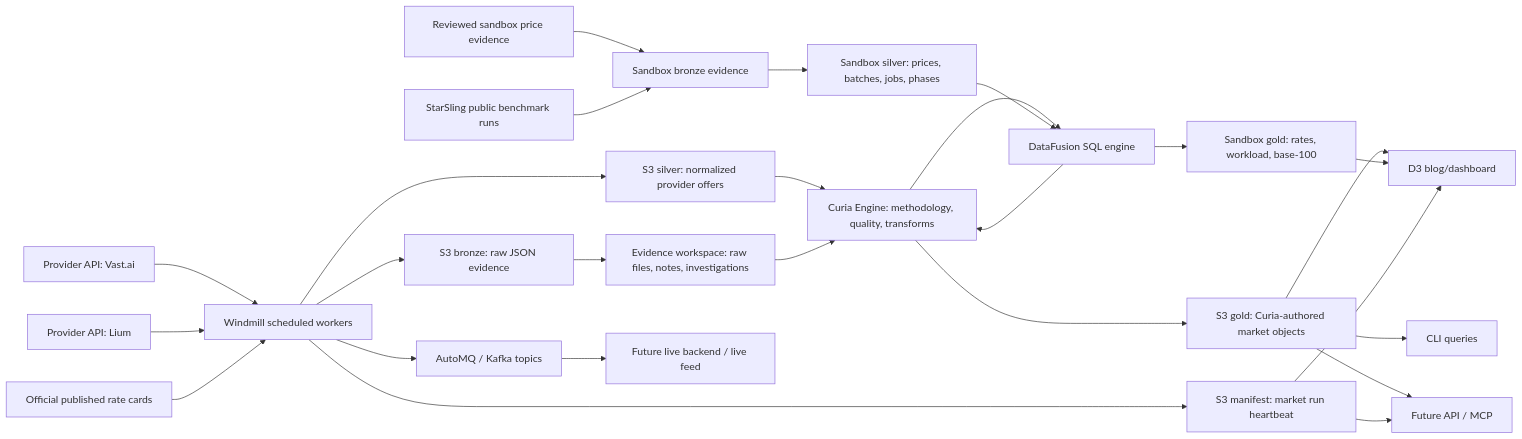
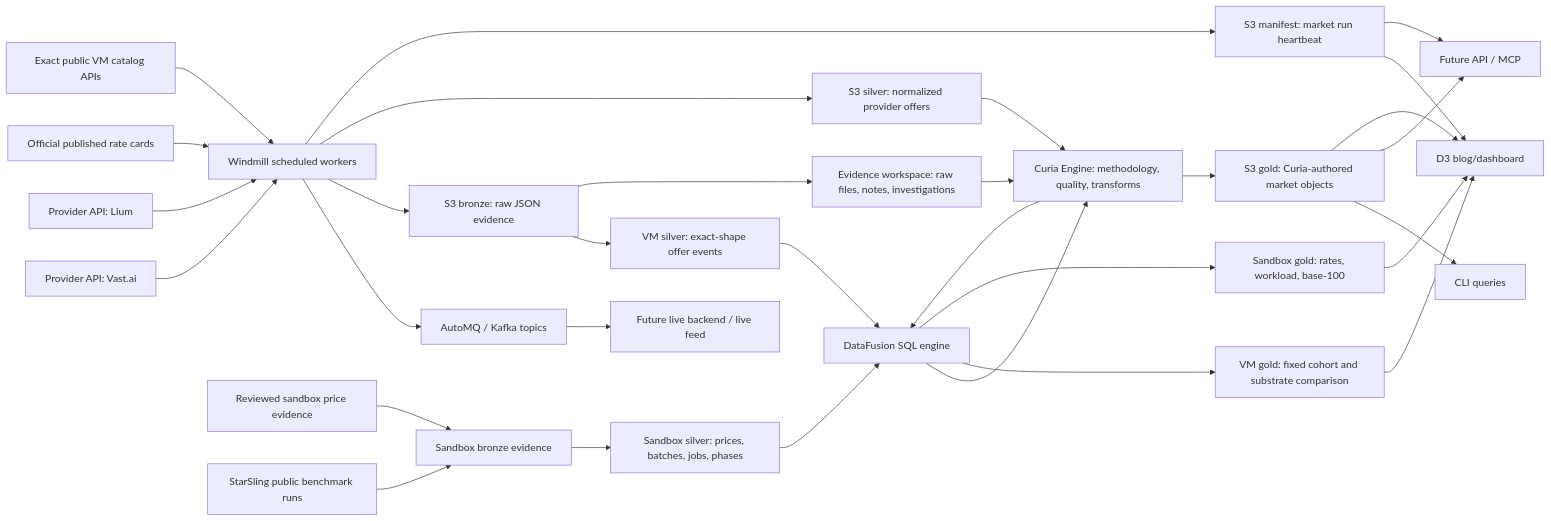
The diagram in docs/architecture.md (gustofied/the-compute-bazaar), drawn with Mermaid before and after one commit. The commit also changed other lines of this file and 14 other files, not shown here.

````diff
--- a/docs/architecture.md
+++ b/docs/architecture.md
@@ -7,31 +7,36 @@
 ```mermaid
 flowchart LR
   Vast["Provider API: Vast.ai"] --> Windmill["Windmill scheduled workers"]
   Lium["Provider API: Lium"] --> Windmill
   Rates["Official published rate cards"] --> Windmill
+  VMCatalogs["Exact public VM catalog APIs"] --> Windmill
   SandboxRates["Reviewed sandbox price evidence"] --> SandboxBronze["Sandbox bronze evidence"]
   StarSling["StarSling public benchmark runs"] --> SandboxBronze
 
   Windmill --> AutoMQ["AutoMQ / Kafka topics"]
   Windmill --> Bronze["S3 bronze: raw JSON evidence"]
   Windmill --> Silver["S3 silver: normalized provider offers"]
   Windmill --> MarketRun["S3 manifest: market run heartbeat"]
 
   Silver --> Curia["Curia Engine: methodology, quality, transforms"]
   Curia --> DataFusion["DataFusion SQL engine"]
   DataFusion --> Curia
   Curia --> Gold["S3 gold: Curia-authored market objects"]
+  Bronze --> VMSilver["VM silver: exact-shape offer events"]
+  VMSilver --> DataFusion
+  DataFusion --> VMGold["VM gold: fixed cohort and substrate comparison"]
   SandboxBronze --> SandboxSilver["Sandbox silver: prices, batches, jobs, phases"]
   SandboxSilver --> DataFusion
   DataFusion --> SandboxGold["Sandbox gold: rates, workload, base-100"]
   Bronze --> Workspace["Evidence workspace: raw files, notes, investigations"]
   Workspace --> Curia
 
   Gold --> CLI["CLI queries"]
   Gold --> API["Future API / MCP"]
   Gold --> Dashboard["D3 blog/dashboard"]
   SandboxGold --> Dashboard
+  VMGold --> Dashboard
   MarketRun --> Dashboard
   MarketRun --> API
   AutoMQ --> Live["Future live backend / live feed"]
 ```
````
